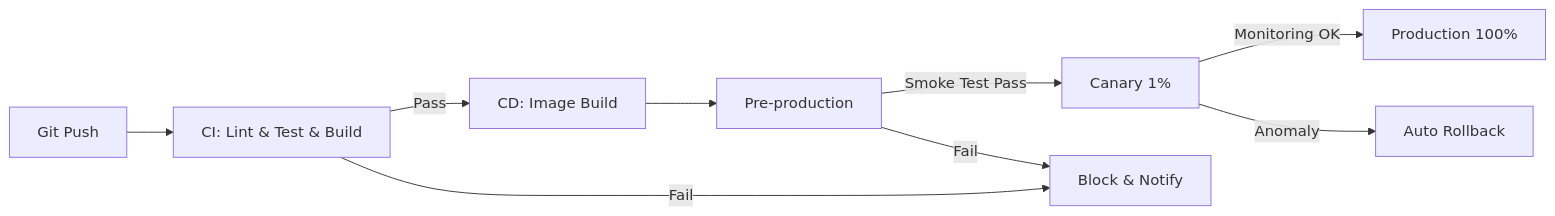
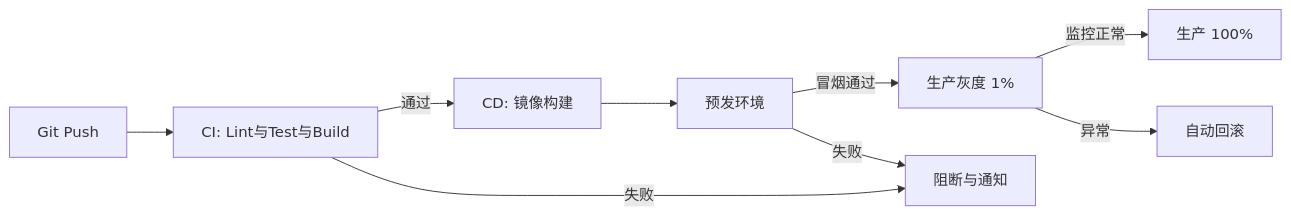
The third of 3 diagrams in templates/Product/Technology/Template-TRD.md (Kirky-X/cangjie), drawn with Mermaid before and after one commit. The commit also changed other lines of this file and 33 other files, not shown here.

````diff
--- a/templates/Product/Technology/Template-TRD.md
+++ b/templates/Product/Technology/Template-TRD.md
@@ -287,11 +287,11 @@
 ```mermaid
 graph LR
-    A[Git Push] --> B[CI: Lint & Test & Build]
-    B -->|Pass| C[CD: Image Build]
-    C --> D[Pre-production]
-    D -->|Smoke Test Pass| E[Canary 1%]
-    E -->|Monitoring OK| F[Production 100%]
-    B -->|Fail| G[Block & Notify]
-    D -->|Fail| G
-    E -->|Anomaly| H[Auto Rollback]
+    A[Git Push] --> B[CI: Lint与Test与Build]
+    B -->|通过| C[CD: 镜像构建]
+    C --> D[预发环境]
+    D -->|冒烟通过| E[生产灰度 1%]
+    E -->|监控正常| F[生产 100%]
+    B -->|失败| G[阻断与通知]
+    D -->|失败| G
+    E -->|异常| H[自动回滚]
 ```
````
